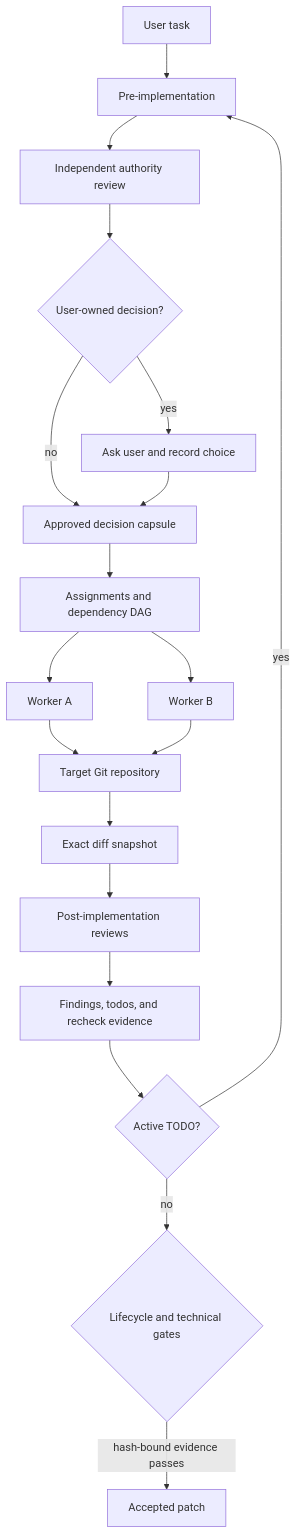
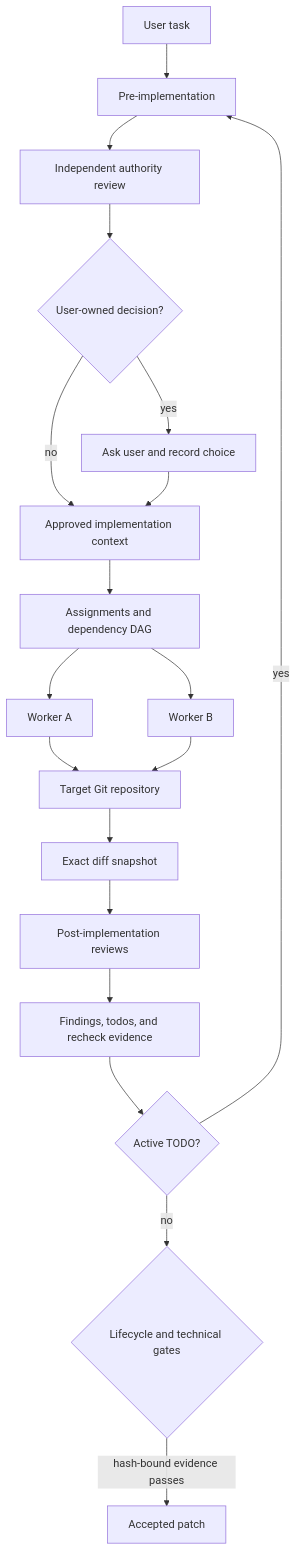
Before and after one commit to areshand/multiagent: the diagram in README.md, drawn with Mermaid. The commit also changed other lines of this file and 7 other files, not shown here.

First line of the commit message:
Clarify approved implementation context terminology

````diff
--- a/README.md
+++ b/README.md
@@ -41,21 +41,21 @@
 ```mermaid
 flowchart TD
     User["User task"] --> Pre["Pre-implementation"]
     Pre --> Authority["Independent authority review"]
     Authority --> Choice{"User-owned decision?"}
     Choice -- "yes" --> UserDecision["Ask user and record choice"]
-    Choice -- "no" --> Capsule["Approved decision capsule"]
-    UserDecision --> Capsule
-    Capsule --> DAG["Assignments and dependency DAG"]
+    Choice -- "no" --> Context["Approved implementation context"]
+    UserDecision --> Context
+    Context --> DAG["Assignments and dependency DAG"]
     DAG --> WorkerA["Worker A"]
     DAG --> WorkerB["Worker B"]
     WorkerA --> Repo["Target Git repository"]
     WorkerB --> Repo
     Repo --> Snapshot["Exact diff snapshot"]
     Snapshot --> Reviews["Post-implementation reviews"]
     Reviews --> Findings["Findings, todos, and recheck evidence"]
     Findings --> Todo{"Active TODO?"}
     Todo -- "yes" --> Pre
     Todo -- "no" --> Gate{"Lifecycle and technical gates"}
     Gate -- "hash-bound evidence passes" --> Result["Accepted patch"]
 ```
````
